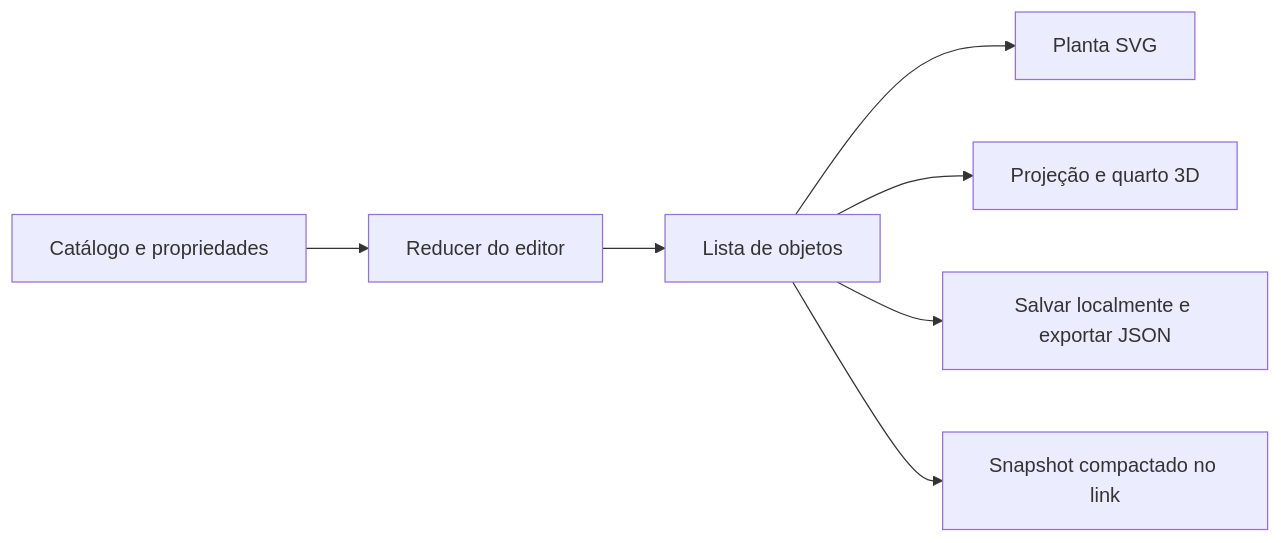
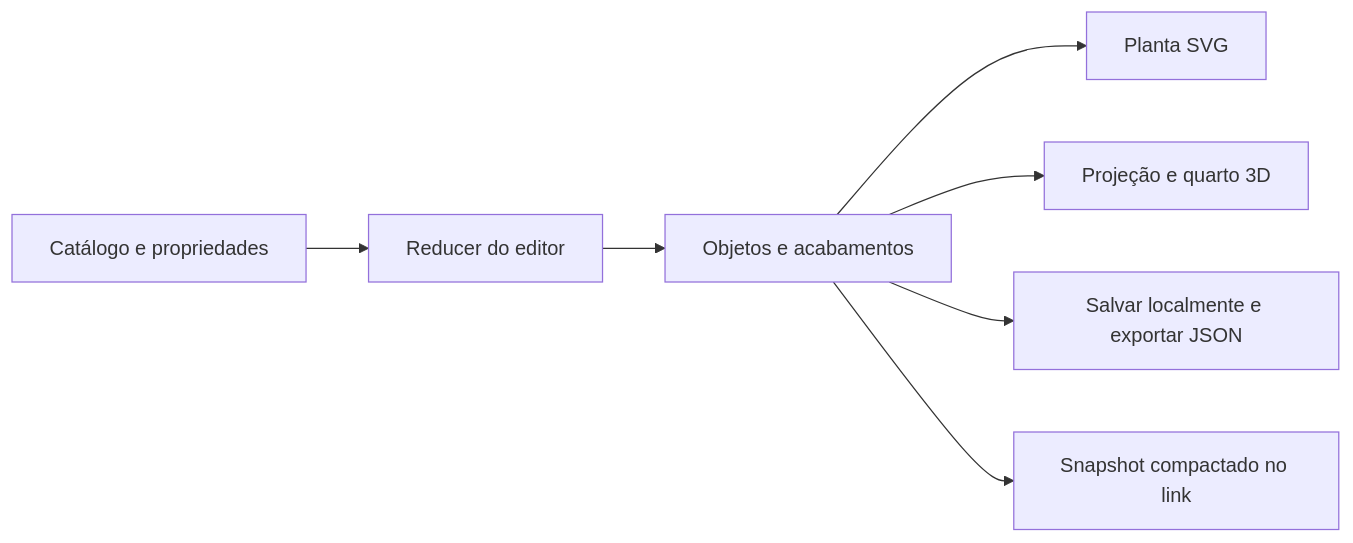
The diagram in docs/ARQUITETURA.md (samuelsce/RoomLab), drawn with Mermaid before and after one commit. The commit also changed other lines of this file and 13 other files, not shown here.

````diff
--- a/docs/ARQUITETURA.md
+++ b/docs/ARQUITETURA.md
@@ -9,9 +9,9 @@
 ```mermaid
 flowchart LR
   A[Catálogo e propriedades] --> B[Reducer do editor]
-  B --> C[Lista de objetos]
+  B --> C[Objetos e acabamentos]
   C --> D[Planta SVG]
   C --> E[Projeção e quarto 3D]
   C --> F[Salvar localmente e exportar JSON]
   C --> G[Snapshot compactado no link]
 ```
````
